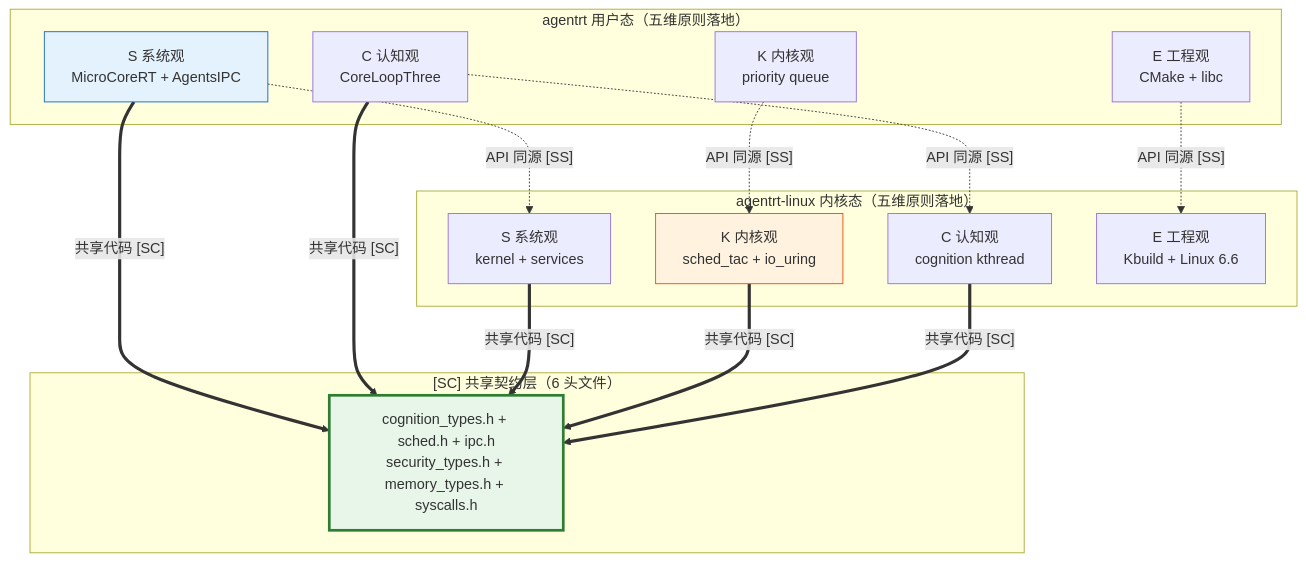
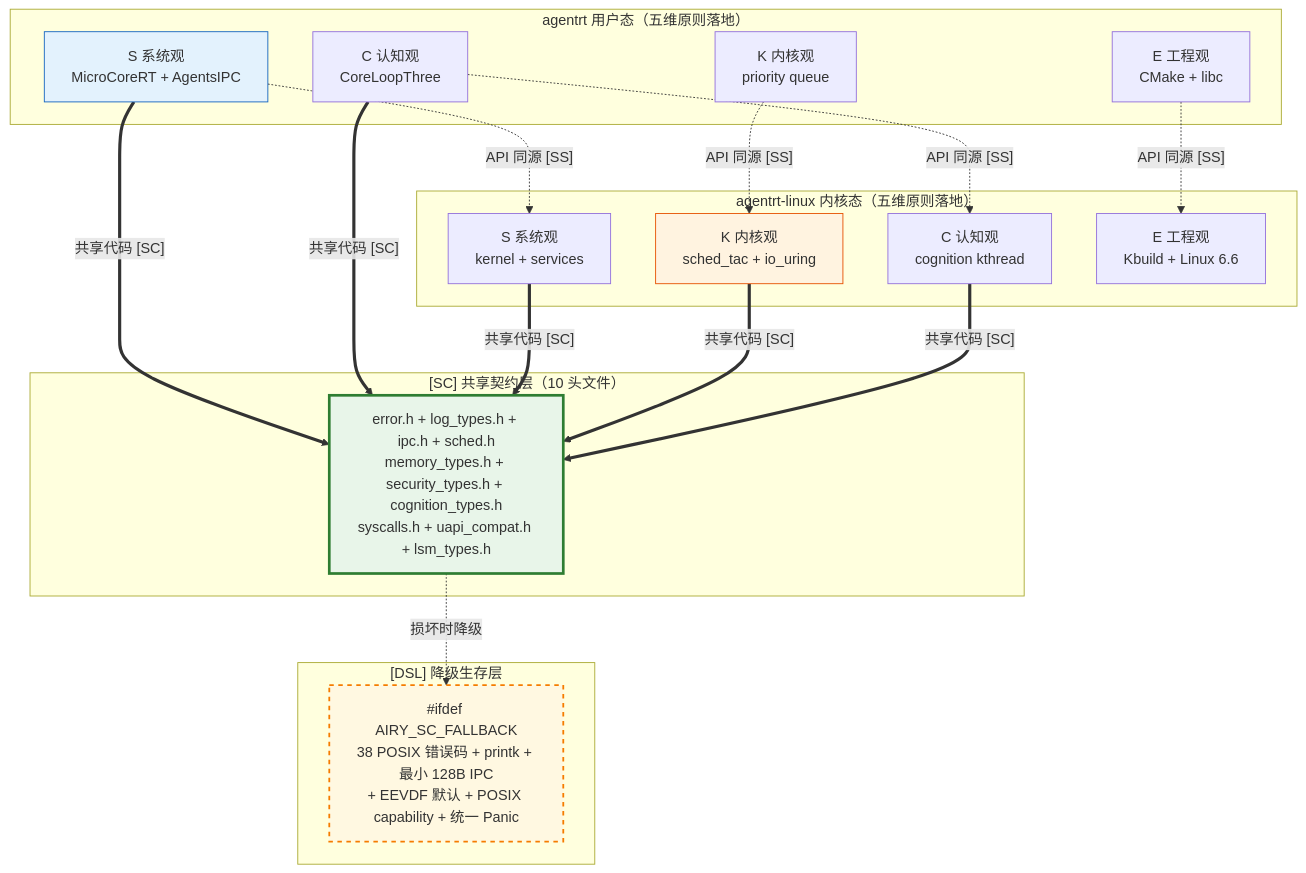
Before and after one commit to openairymax/docs: the diagram in AirymaxOS/10-architecture/02-five-dimensional-principles.md, drawn with Mermaid. The commit also changed other lines of this file and 71 other files, not shown here.

````diff
--- a/AirymaxOS/10-architecture/02-five-dimensional-principles.md
+++ b/AirymaxOS/10-architecture/02-five-dimensional-principles.md
@@ -630,35 +635,42 @@
 ```mermaid
 graph TB
     subgraph "agentrt 用户态（五维原则落地）"
         RT_S[S 系统观<br/>MicroCoreRT + AgentsIPC]
         RT_K[K 内核观<br/>priority queue]
         RT_C[C 认知观<br/>CoreLoopThree]
         RT_E[E 工程观<br/>CMake + libc]
     end
 
     subgraph "agentrt-linux 内核态（五维原则落地）"
         OS_S[S 系统观<br/>kernel + services]
         OS_K[K 内核观<br/>sched_tac + io_uring]
         OS_C[C 认知观<br/>cognition kthread]
         OS_E[E 工程观<br/>Kbuild + Linux 6.6]
     end
 
-    subgraph "[SC] 共享契约层（6 头文件）"
-        SC[cognition_types.h + sched.h + ipc.h<br/>security_types.h + memory_types.h + syscalls.h]
+    subgraph "[SC] 共享契约层（10 头文件）"
+        SC[error.h + log_types.h + ipc.h + sched.h<br/>memory_types.h + security_types.h + cognition_types.h<br/>syscalls.h + uapi_compat.h + lsm_types.h]
+    end
+
+    subgraph "[DSL] 降级生存层"
+        DSL["#ifdef AIRY_SC_FALLBACK<br/>38 POSIX 错误码 + printk + 最小 128B IPC<br/>+ EEVDF 默认 + POSIX capability + 统一 Panic"]
     end
 
     RT_S -.->|"API 同源 [SS]"| OS_S
     RT_K -.->|"API 同源 [SS]"| OS_K
     RT_C -.->|"API 同源 [SS]"| OS_C
     RT_E -.->|"API 同源 [SS]"| OS_E
 
     RT_S ==>|"共享代码 [SC]"| SC
     RT_C ==>|"共享代码 [SC]"| SC
     OS_S ==>|"共享代码 [SC]"| SC
     OS_K ==>|"共享代码 [SC]"| SC
     OS_C ==>|"共享代码 [SC]"| SC
 
+    SC -.->|"损坏时降级"| DSL
+
     style SC fill:#e8f5e9,stroke:#2e7d32,stroke-width:3px
+    style DSL fill:#fff8e1,stroke:#f57c00,stroke-width:2px,stroke-dasharray: 5 5
     style RT_S fill:#e3f2fd,stroke:#1565c0
     style OS_K fill:#fff3e0,stroke:#e65100
 ```
````
